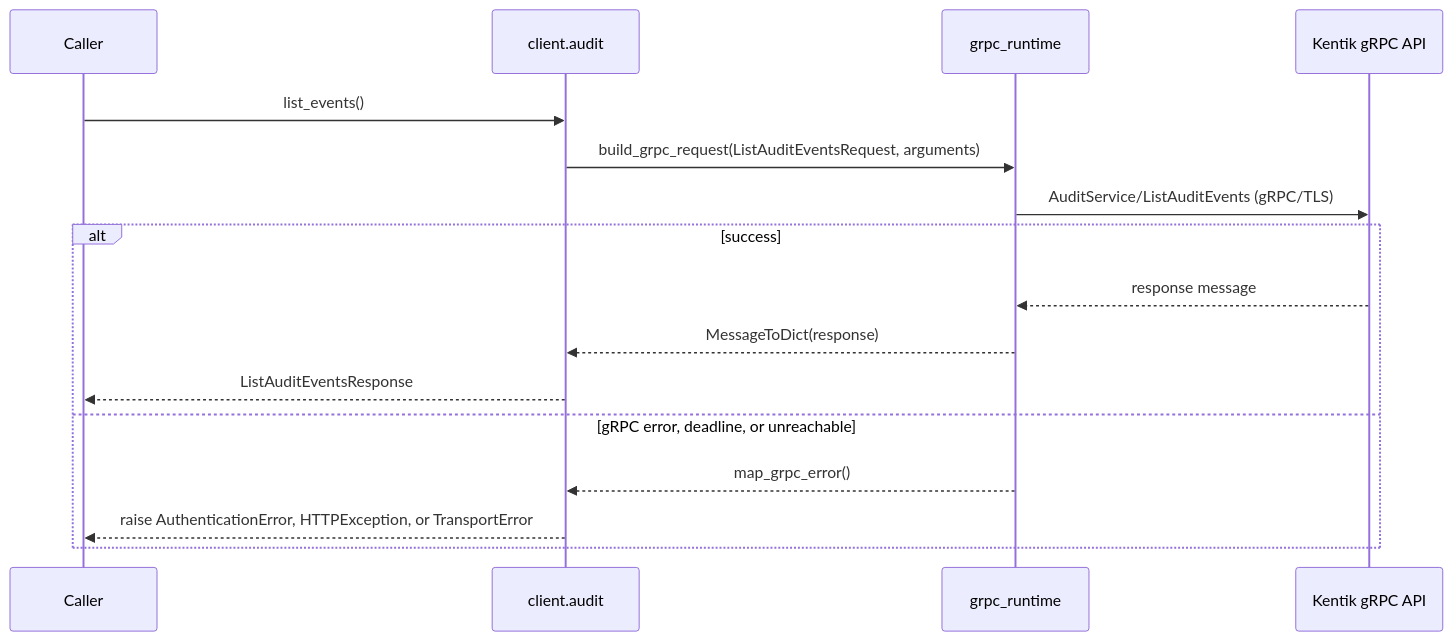
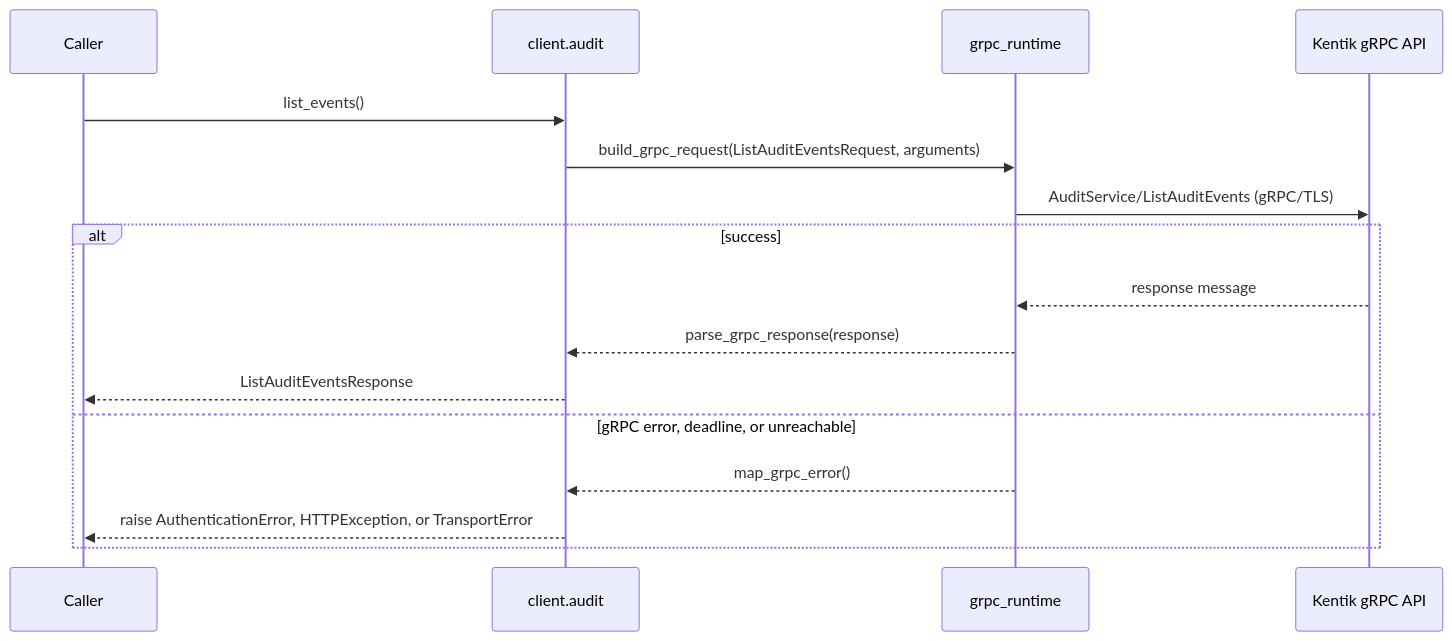
Before and after one commit to alexdearaujo/community_sdk_python: the third of 8 diagrams in docs/sphinx/services/audit.md, drawn with Mermaid. The commit also changed other lines of this file and 83 other files, not shown here.

````diff
--- a/docs/sphinx/services/audit.md
+++ b/docs/sphinx/services/audit.md
@@ -59,19 +59,19 @@
 ```mermaid
 sequenceDiagram
     participant C as Caller
     participant W as client.audit
     participant R as grpc_runtime
     participant API as Kentik gRPC API
 
     C->>W: list_events()
     W->>R: build_grpc_request(ListAuditEventsRequest, arguments)
     R->>API: AuditService/ListAuditEvents (gRPC/TLS)
     alt success
         API-->>R: response message
-        R-->>W: MessageToDict(response)
+        R-->>W: parse_grpc_response(response)
         W-->>C: ListAuditEventsResponse
     else gRPC error, deadline, or unreachable
         R-->>W: map_grpc_error()
         W-->>C: raise AuthenticationError, HTTPException, or TransportError
     end
 ```
````
